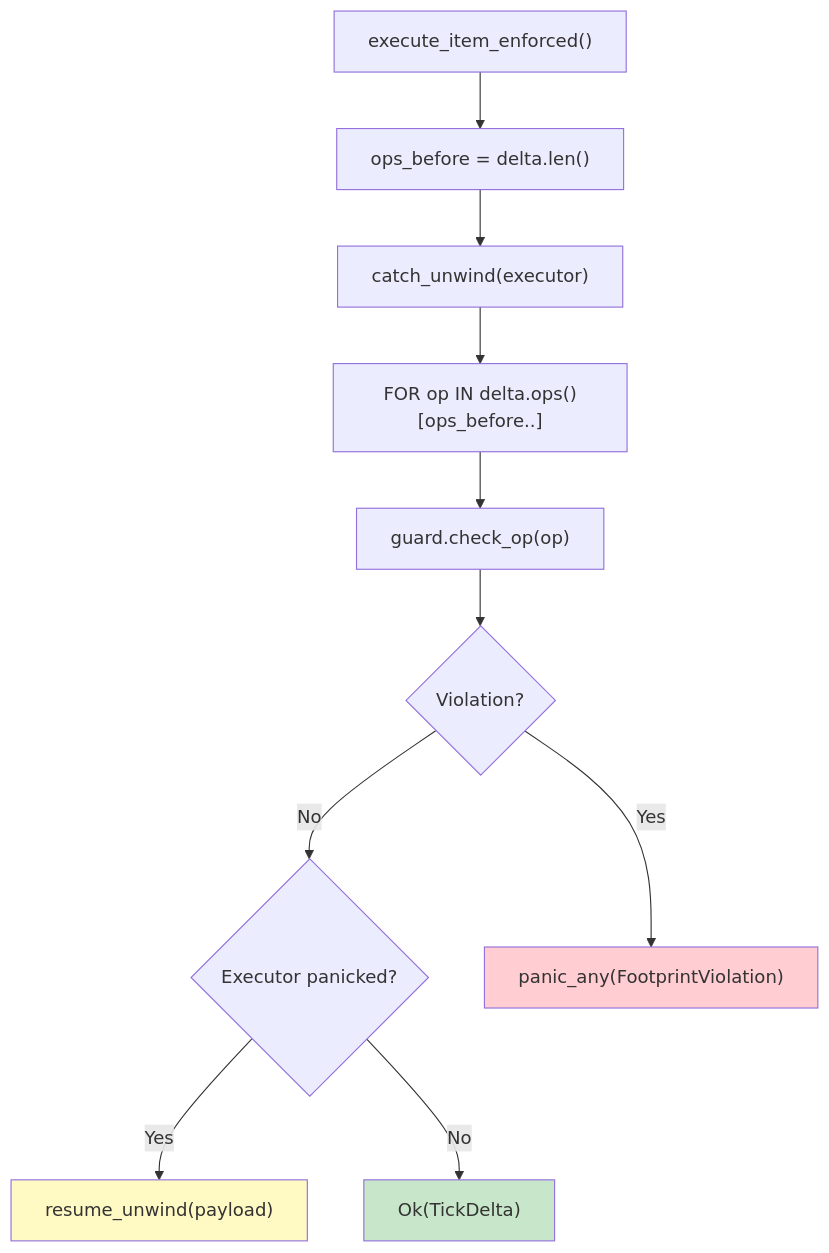
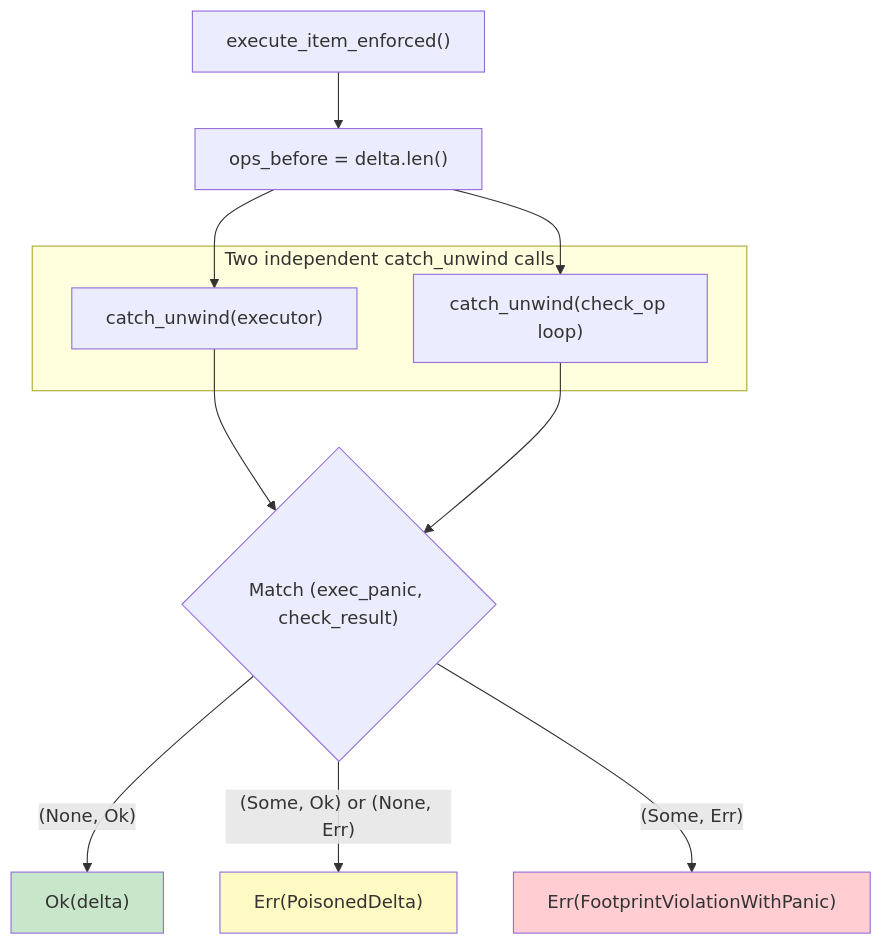
Before and after one commit to flyingrobots/echo: the ninth of 11 diagrams in docs/study/echo-visual-atlas.md, drawn with Mermaid. The commit also changed other lines of this file and 15 other files, not shown here.

````diff
--- a/docs/study/echo-visual-atlas.md
+++ b/docs/study/echo-visual-atlas.md
@@ -476,23 +476,29 @@
 ```mermaid
 flowchart TD
     EXEC["execute_item_enforced()"]
     SNAP["ops_before = delta.len()"]
-    CATCH["catch_unwind(executor)"]
-    SCAN["FOR op IN delta.ops()[ops_before..]"]
-    CHECK["guard.check_op(op)"]
-    VIOL{"Violation?"}
-    PANIC{"Executor panicked?"}
-    ERR["panic_any(FootprintViolation)"]
-    RESUME["resume_unwind(payload)"]
-    OK["Ok(TickDelta)"]
 
-    EXEC --> SNAP --> CATCH --> SCAN --> CHECK --> VIOL
-    VIOL -->|Yes| ERR
-    VIOL -->|No| PANIC
-    PANIC -->|Yes| RESUME
-    PANIC -->|No| OK
+    subgraph parallel["Two independent catch_unwind calls"]
+        CATCH_EXEC["catch_unwind(executor)"]
+        CATCH_CHECK["catch_unwind(check_op loop)"]
+    end
 
-    style ERR fill:#ffcdd2
-    style RESUME fill:#fff9c4
+    MATCH{"Match (exec_panic, check_result)"}
+
+    OK["Ok(delta)"]
+    ERR_SINGLE["Err(PoisonedDelta)"]
+    ERR_BOTH["Err(FootprintViolationWithPanic)"]
+
+    EXEC --> SNAP --> CATCH_EXEC
+    SNAP --> CATCH_CHECK
+    CATCH_EXEC --> MATCH
+    CATCH_CHECK --> MATCH
+
+    MATCH -->|"(None, Ok)" | OK
+    MATCH -->|"(Some, Ok) or (None, Err)"| ERR_SINGLE
+    MATCH -->|"(Some, Err)"| ERR_BOTH
+
     style OK fill:#c8e6c9
+    style ERR_SINGLE fill:#fff9c4
+    style ERR_BOTH fill:#ffcdd2
 ```
````
